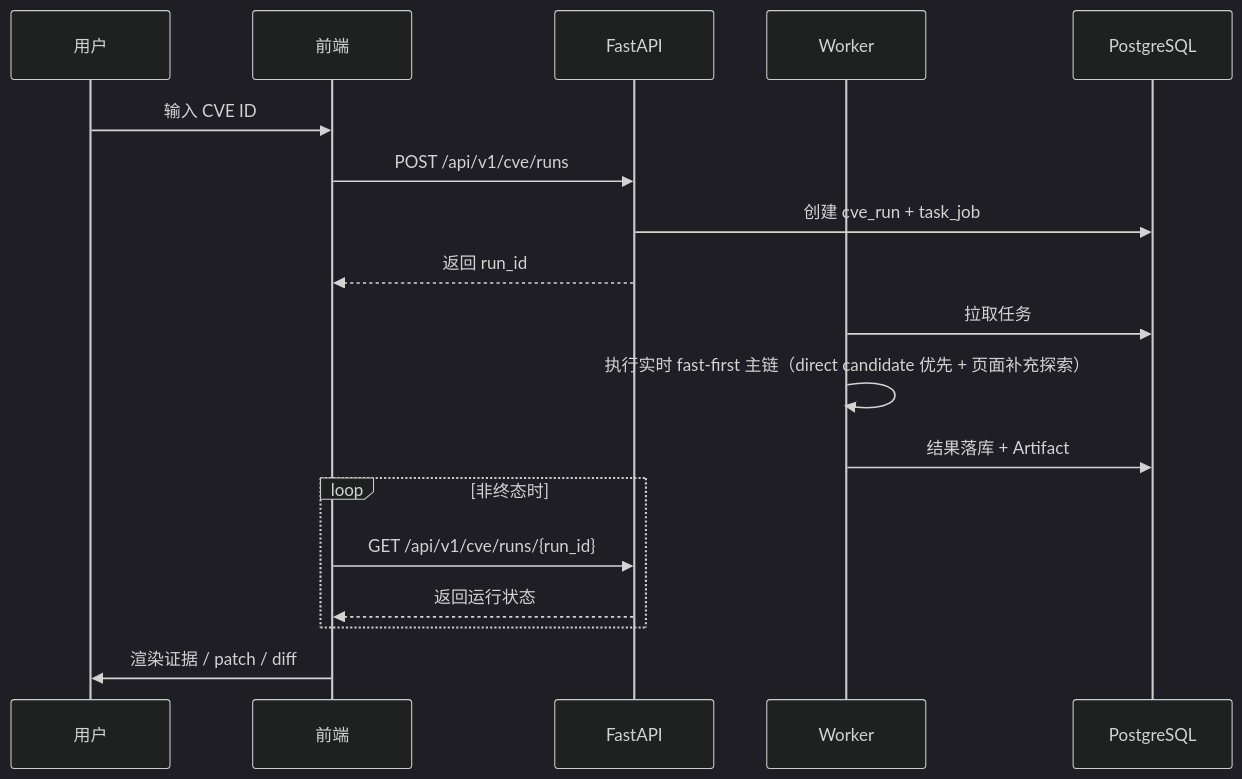
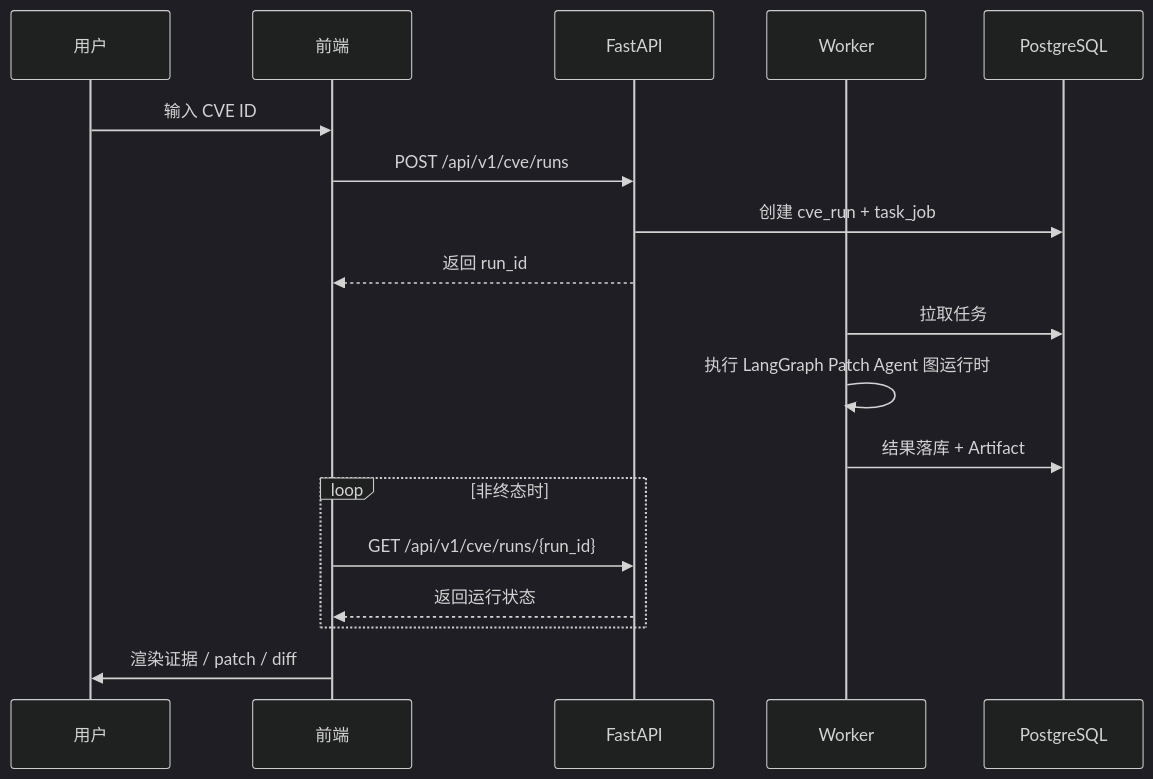
Before and after one commit to coeoo/AetherFlow: the second of 4 diagrams in docs/03-系统架构/架构设计.md, drawn with Mermaid (dark theme). The commit also changed other lines of this file and 55 other files, not shown here.

````diff
--- a/docs/03-系统架构/架构设计.md
+++ b/docs/03-系统架构/架构设计.md
@@ -163,21 +163,21 @@
 ```mermaid
 sequenceDiagram
     participant U as 用户
     participant FE as 前端
     participant API as FastAPI
     participant W as Worker
     participant DB as PostgreSQL
 
     U->>FE: 输入 CVE ID
     FE->>API: POST /api/v1/cve/runs
     API->>DB: 创建 cve_run + task_job
     API-->>FE: 返回 run_id
     W->>DB: 拉取任务
-    W->>W: 执行实时 fast-first 主链（direct candidate 优先 + 页面补充探索）
+    W->>W: 执行 LangGraph Patch Agent 图运行时
     W->>DB: 结果落库 + Artifact
     loop 非终态时
         FE->>API: GET /api/v1/cve/runs/{run_id}
         API-->>FE: 返回运行状态
     end
     FE->>U: 渲染证据 / patch / diff
 ```
````
